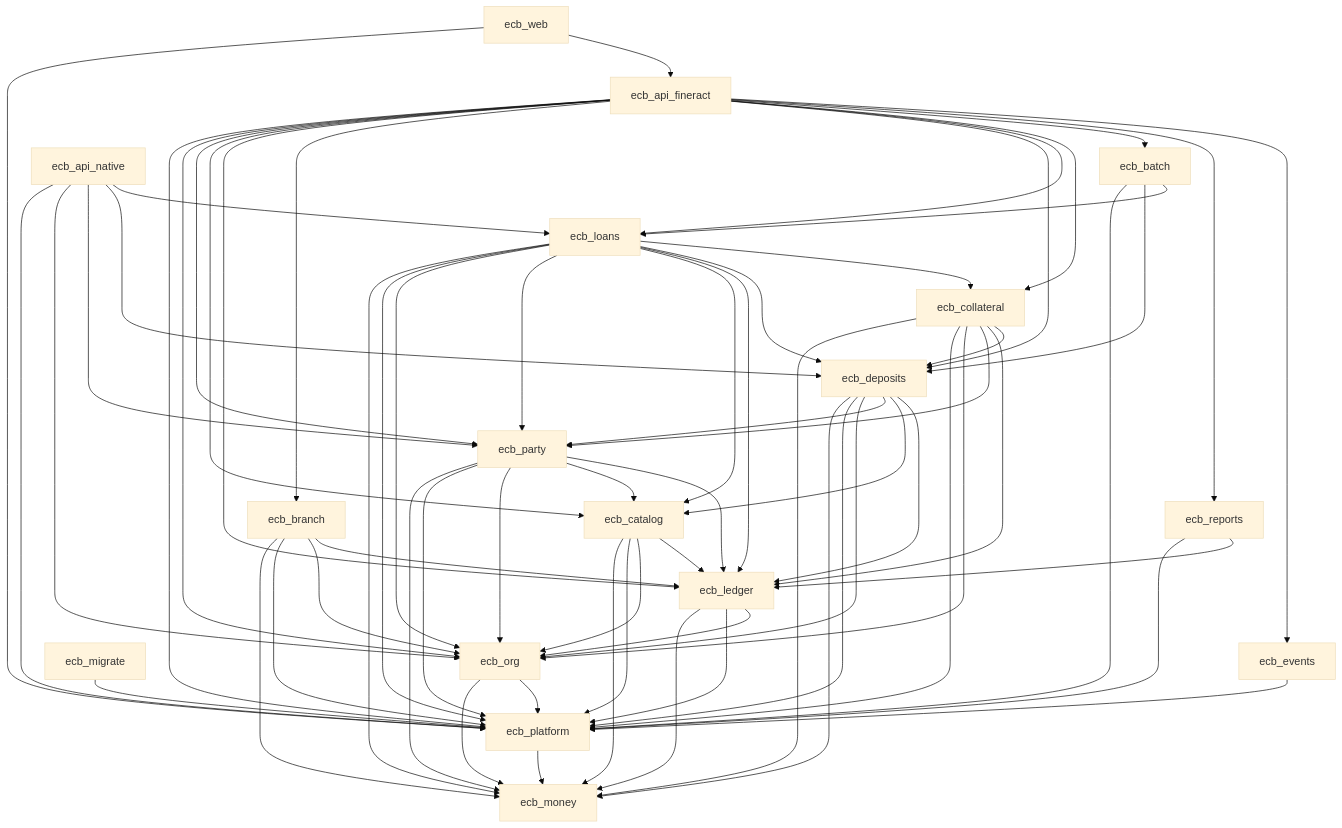
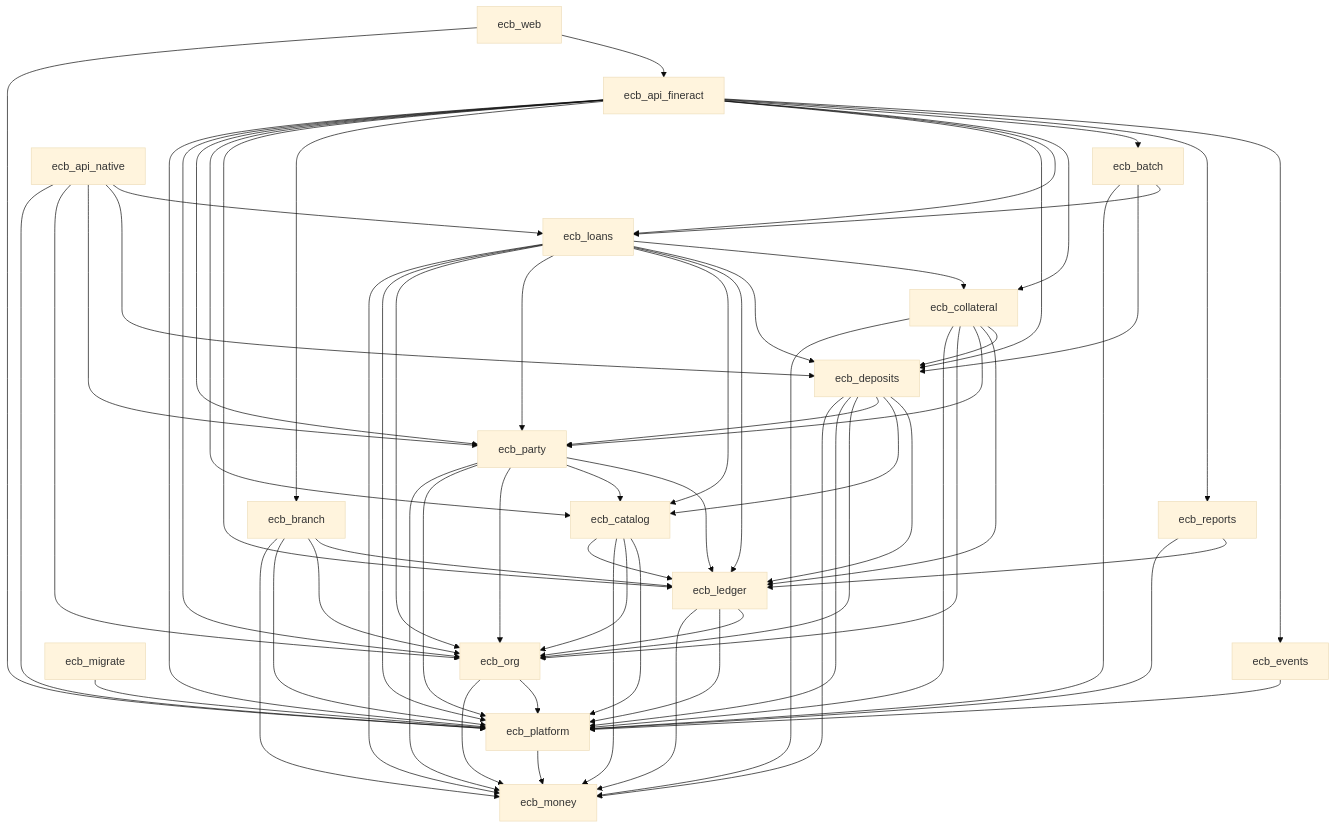
The diagram in docs/modules/README.md (momentpay/core-banking), drawn with Mermaid (base theme) before and after one commit. The commit also changed other lines of this file and 38 other files, not shown here.

````diff
--- a/docs/modules/README.md
+++ b/docs/modules/README.md
@@ -29,68 +29,68 @@
 ```mermaid
 graph TD
   ecb_platform --> ecb_money
   ecb_ledger --> ecb_money
   ecb_ledger --> ecb_platform
   ecb_ledger --> ecb_org
   ecb_branch --> ecb_money
   ecb_branch --> ecb_platform
   ecb_branch --> ecb_org
   ecb_branch --> ecb_ledger
   ecb_org --> ecb_money
   ecb_org --> ecb_platform
   ecb_party --> ecb_money
   ecb_party --> ecb_platform
   ecb_party --> ecb_org
   ecb_party --> ecb_catalog
   ecb_party --> ecb_ledger
+  ecb_catalog --> ecb_ledger
   ecb_catalog --> ecb_money
+  ecb_catalog --> ecb_org
   ecb_catalog --> ecb_platform
-  ecb_catalog --> ecb_org
-  ecb_catalog --> ecb_ledger
   ecb_deposits --> ecb_money
   ecb_deposits --> ecb_platform
   ecb_deposits --> ecb_org
   ecb_deposits --> ecb_party
   ecb_deposits --> ecb_catalog
   ecb_deposits --> ecb_ledger
   ecb_loans --> ecb_money
   ecb_loans --> ecb_platform
   ecb_loans --> ecb_org
   ecb_loans --> ecb_party
   ecb_loans --> ecb_catalog
   ecb_loans --> ecb_ledger
   ecb_loans --> ecb_deposits
   ecb_loans --> ecb_collateral
   ecb_collateral --> ecb_money
   ecb_collateral --> ecb_platform
   ecb_collateral --> ecb_org
   ecb_collateral --> ecb_party
   ecb_collateral --> ecb_ledger
   ecb_collateral --> ecb_deposits
   ecb_batch --> ecb_platform
   ecb_batch --> ecb_deposits
   ecb_batch --> ecb_loans
   ecb_reports --> ecb_platform
   ecb_reports --> ecb_ledger
   ecb_events --> ecb_platform
   ecb_api_fineract --> ecb_platform
   ecb_api_fineract --> ecb_org
   ecb_api_fineract --> ecb_party
   ecb_api_fineract --> ecb_catalog
   ecb_api_fineract --> ecb_ledger
   ecb_api_fineract --> ecb_branch
   ecb_api_fineract --> ecb_deposits
   ecb_api_fineract --> ecb_loans
   ecb_api_fineract --> ecb_collateral
   ecb_api_fineract --> ecb_batch
   ecb_api_fineract --> ecb_reports
   ecb_api_fineract --> ecb_events
   ecb_api_native --> ecb_platform
   ecb_api_native --> ecb_org
   ecb_api_native --> ecb_party
   ecb_api_native --> ecb_deposits
   ecb_api_native --> ecb_loans
   ecb_web --> ecb_platform
   ecb_web --> ecb_api_fineract
   ecb_migrate --> ecb_platform
 ```
````
